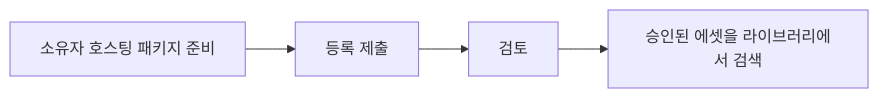
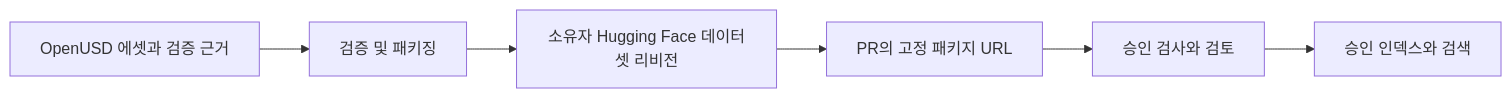
One commit to james-joobs/awesome-nvidia-physical-ai changed the diagram in docs/ko/simready-central.md. Above: the diagram before and after it, drawn with Mermaid. The commit also changed other lines of this file and 187 other files, not shown here.

Commit message:
Expand bilingual guides with official architecture references

````diff
--- a/docs/ko/simready-central.md
+++ b/docs/ko/simready-central.md
@@ -15,8 +17,14 @@
 ```mermaid
 flowchart LR
-  S0["소유자 호스팅 패키지 준비"]
-  S1["등록 제출"]
-  S2["검토"]
-  S3["승인된 에셋을 라이브러리에서 검색"]
-  S0 --> S1 --> S2 --> S3
+    usd["OpenUSD 에셋과 검증 근거"]
+    pkg["검증 및 패키징"]
+    hf["소유자 Hugging Face 데이터셋 리비전"]
+    index["PR의 고정 패키지 URL"]
+    review["승인 검사와 검토"]
+    browse["승인 인덱스와 검색"]
+    usd --> pkg
+    pkg --> hf
+    hf --> index
+    index --> review
+    review --> browse
 ```
````
